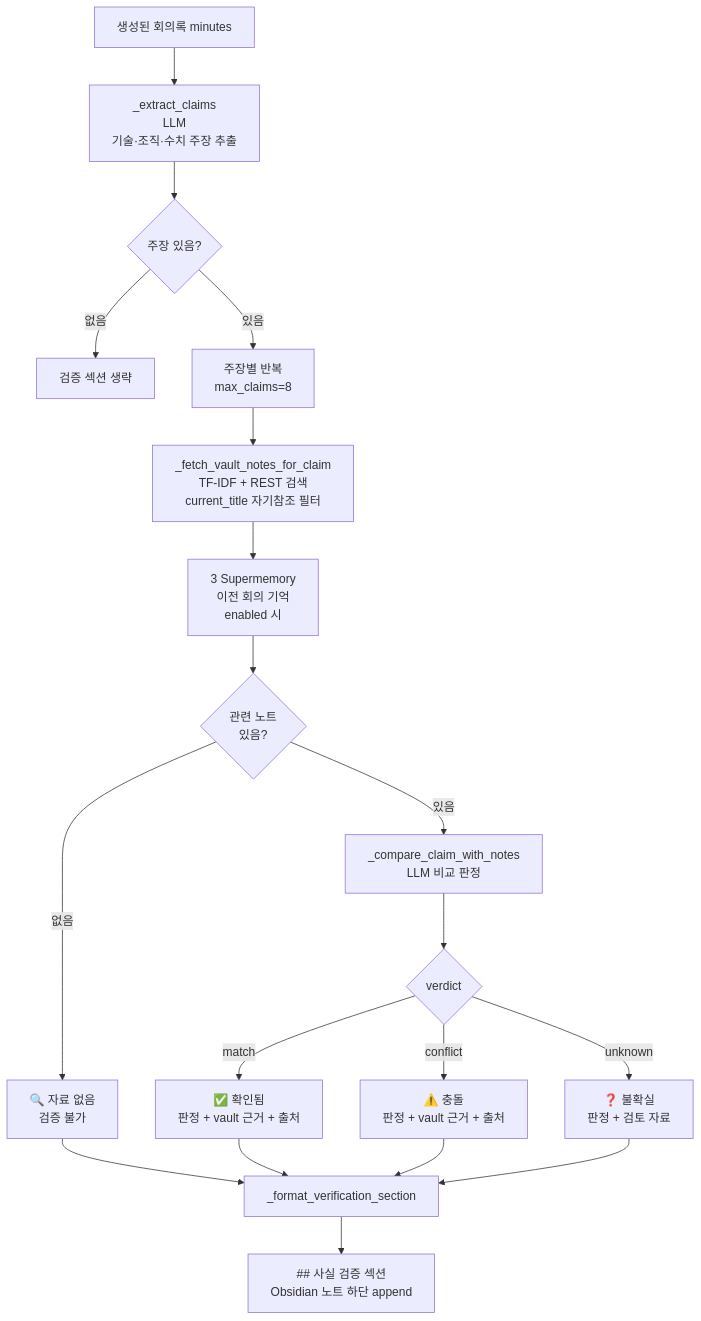
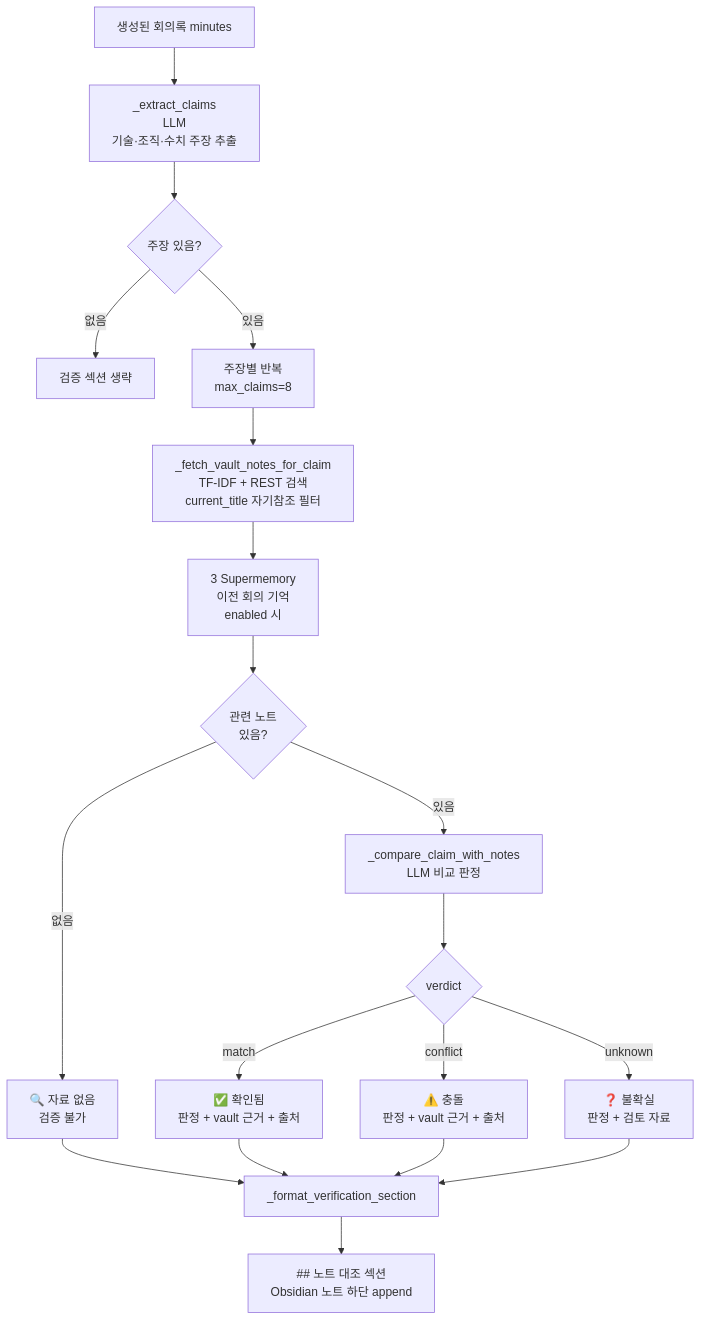
Before and after one commit to areumsim/Meeting_Minutes: the fourth of 11 diagrams in docs/ARCHITECTURE.md, drawn with Mermaid. The commit also changed other lines of this file and 5 other files, not shown here.

````diff
--- a/docs/ARCHITECTURE.md
+++ b/docs/ARCHITECTURE.md
@@ -152,26 +152,26 @@
 ```mermaid
 flowchart TD
     A[생성된 회의록 minutes] --> B[_extract_claims\nLLM\n기술·조직·수치 주장 추출]
 
     B --> C{주장 있음?}
     C -- 없음 --> Z1[검증 섹션 생략]
     C -- 있음 --> D[주장별 반복\nmax_claims=8]
 
     D --> E[_fetch_vault_notes_for_claim\nTF-IDF + REST 검색\ncurrent_title 자기참조 필터]
     E --> E2[3 Supermemory\n이전 회의 기억\nenabled 시]
     E2 --> F{관련 노트\n있음?}
 
     F -- 없음 --> G1[🔍 자료 없음\n검증 불가]
     F -- 있음 --> H[_compare_claim_with_notes\nLLM 비교 판정]
 
     H --> I1{verdict}
     I1 -- match --> J1[✅ 확인됨\n판정 + vault 근거 + 출처]
     I1 -- conflict --> J2[⚠️ 충돌\n판정 + vault 근거 + 출처]
     I1 -- unknown --> J3[❓ 불확실\n판정 + 검토 자료]
 
     G1 --> K[_format_verification_section]
     J1 --> K
     J2 --> K
     J3 --> K
-    K --> L[## 사실 검증 섹션\nObsidian 노트 하단 append]
+    K --> L[## 노트 대조 섹션\nObsidian 노트 하단 append]
 ```
````
